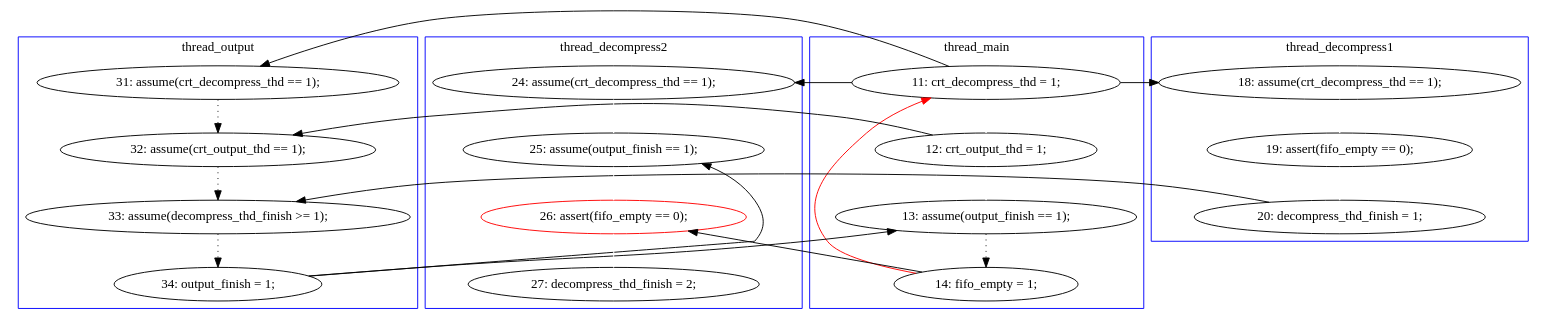
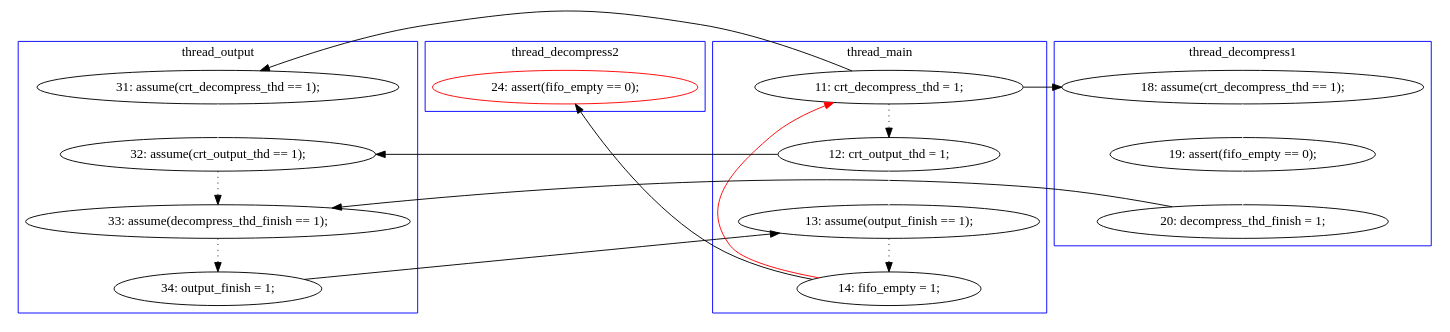
The diagram in pbzip2.mixed/B-1-graph-sol-2.dot (hylhp/cav14-model), drawn with Graphviz before and after one commit. The commit also changed 22 other files, not shown here.

```diff
--- a/pbzip2.mixed/B-1-graph-sol-2.dot
+++ b/pbzip2.mixed/B-1-graph-sol-2.dot
@@ -1,53 +1,45 @@
 digraph Counterexample {
-	30 -> 7 [color = red, style = solid, constraint = false]
-	7 -> 16 [color = white, style = solid]
-	21 -> 27 [color = black, style = solid, constraint = false]
-	7 -> 14 [color = black, style = solid, constraint = false]
-	31 -> 34 [color = white, style = solid]
+	12 -> 14 [color = white, style = solid]
+	20 -> 23 [color = black, style = solid, constraint = false]
+	25 -> 32 [color = black, style = solid, constraint = false]
+	23 -> 25 [color = black, style = dotted]
+	16 -> 17 [color = white, style = solid]
+	9 -> 10 [color = black, style = dotted]
 	19 -> 20 [color = black, style = dotted]
-	15 -> 18 [color = white, style = solid]
-	22 -> 31 [color = white, style = solid]
-	27 -> 30 [color = black, style = dotted]
-	17 -> 22 [color = white, style = solid]
-	12 -> 15 [color = white, style = solid]
-	18 -> 20 [color = black, style = solid, constraint = false]
-	30 -> 31 [color = black, style = solid, constraint = false]
-	16 -> 19 [color = black, style = solid, constraint = false]
-	20 -> 21 [color = black, style = dotted]
-	16 -> 27 [color = white, style = solid]
-	7 -> 17 [color = black, style = solid, constraint = false]
-	21 -> 22 [color = black, style = solid, constraint = false]
+	15 -> 16 [color = white, style = solid]
+	25 -> 9 [color = red, style = solid, constraint = false]
+	17 -> 19 [color = black, style = solid, constraint = false]
+	10 -> 23 [color = white, style = solid]
+	9 -> 12 [color = black, style = solid, constraint = false]
+	10 -> 14 [color = black, style = solid, constraint = false]
 	14 -> 19 [color = black, style = dotted]
-	7 -> 12 [color = black, style = solid, constraint = false]
+	9 -> 15 [color = black, style = solid, constraint = false]
+	subgraph cluster3 {
+		label = thread_decompress2
+		color = blue
+		32  [label = "24: assert(fifo_empty == 0);", color = red]
+	}
 	subgraph cluster1 {
 		label = thread_main
 		color = blue
-		27  [label = "13: assume(output_finish == 1);"]
-		30  [label = "14: fifo_empty = 1;"]
-		7  [label = "11: crt_decompress_thd = 1;"]
-		16  [label = "12: crt_output_thd = 1;"]
-	}
-	subgraph cluster3 {
-		label = thread_decompress2
-		color = blue
-		34  [label = "27: decompress_thd_finish = 2;"]
-		17  [label = "24: assume(crt_decompress_thd == 1);"]
-		31  [label = "26: assert(fifo_empty == 0);", color = red]
-		22  [label = "25: assume(output_finish == 1);"]
+		23  [label = "13: assume(output_finish == 1);"]
+		9  [label = "11: crt_decompress_thd = 1;"]
+		10  [label = "12: crt_output_thd = 1;"]
+		25  [label = "14: fifo_empty = 1;"]
 	}
 	subgraph cluster2 {
 		label = thread_decompress1
 		color = blue
-		18  [label = "20: decompress_thd_finish = 1;"]
-		12  [label = "18: assume(crt_decompress_thd == 1);"]
-		15  [label = "19: assert(fifo_empty == 0);"]
+		15  [label = "18: assume(crt_decompress_thd == 1);"]
+		16  [label = "19: assert(fifo_empty == 0);"]
+		17  [label = "20: decompress_thd_finish = 1;"]
 	}
 	subgraph cluster4 {
 		label = thread_output
 		color = blue
-		19  [label = "32: assume(crt_output_thd == 1);"]
-		14  [label = "31: assume(crt_decompress_thd == 1);"]
-		20  [label = "33: assume(decompress_thd_finish >= 1);"]
-		21  [label = "34: output_finish = 1;"]
+		14  [label = "32: assume(crt_output_thd == 1);"]
+		19  [label = "33: assume(decompress_thd_finish == 1);"]
+		20  [label = "34: output_finish = 1;"]
+		12  [label = "31: assume(crt_decompress_thd == 1);"]
 	}
 }
```
